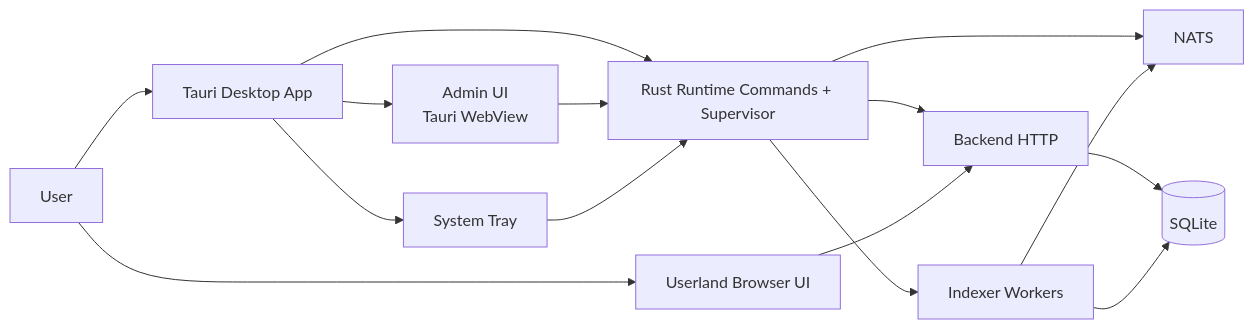
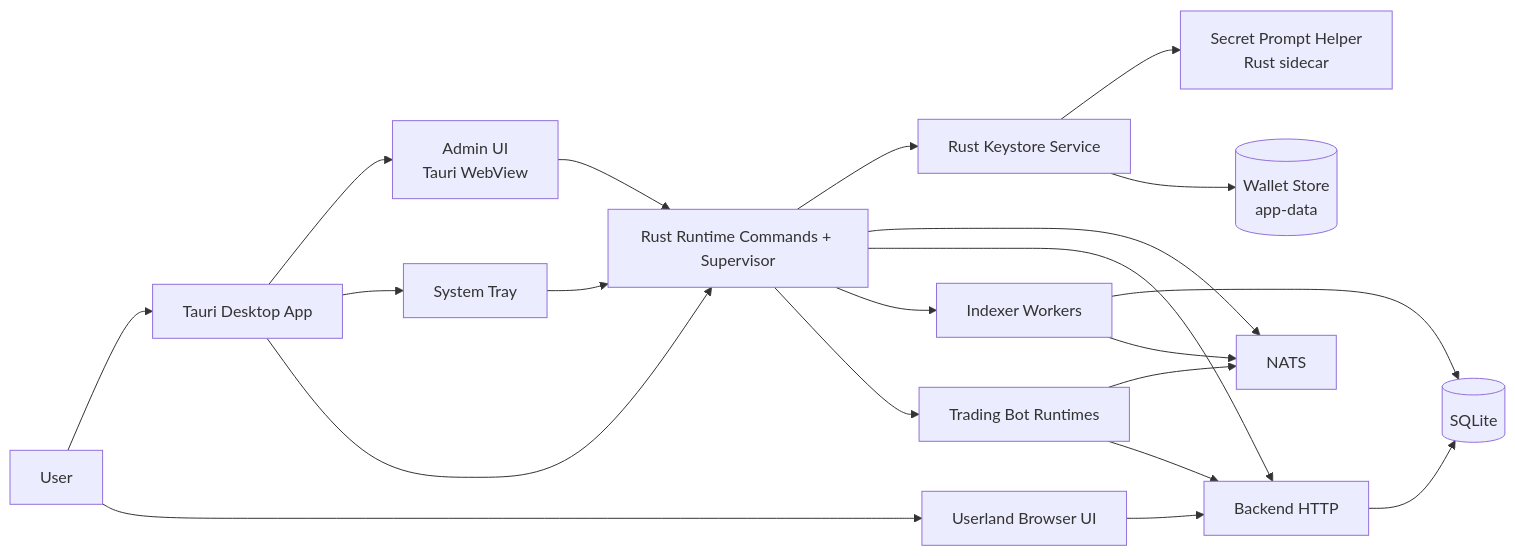
Before and after one commit to d347h-eth/artgod: the diagram in docs/diagrams/00-desktop-components.md, drawn with Mermaid. The commit also changed other lines of this file and 9 other files, not shown here.

````diff
--- a/docs/diagrams/00-desktop-components.md
+++ b/docs/diagrams/00-desktop-components.md
@@ -5,32 +5,42 @@
 ```mermaid
 flowchart LR
     U[User]
     TW[Tauri Desktop App]
     AU[Admin UI<br/>Tauri WebView]
     TR[System Tray]
     RT[Rust Runtime Commands + Supervisor]
+    KS[Rust Keystore Service]
+    SP[Secret Prompt Helper<br/>Rust sidecar]
     NATS[NATS]
     BE[Backend HTTP]
     IDX[Indexer Workers]
+    BOT[Trading Bot Runtimes]
     B[Userland Browser UI]
     DB[(SQLite)]
+    WS[(Wallet Store<br/>app-data)]
 
     U --> TW
     TW --> AU
     TW --> TR
     TW --> RT
 
     AU --> RT
     TR --> RT
+    RT --> KS
+    KS --> SP
+    KS --> WS
 
     RT --> NATS
     RT --> BE
     RT --> IDX
+    RT --> BOT
 
     BE --> DB
     IDX --> DB
     IDX --> NATS
+    BOT --> NATS
+    BOT --> BE
 
     U --> B
     B --> BE
 ```
````
